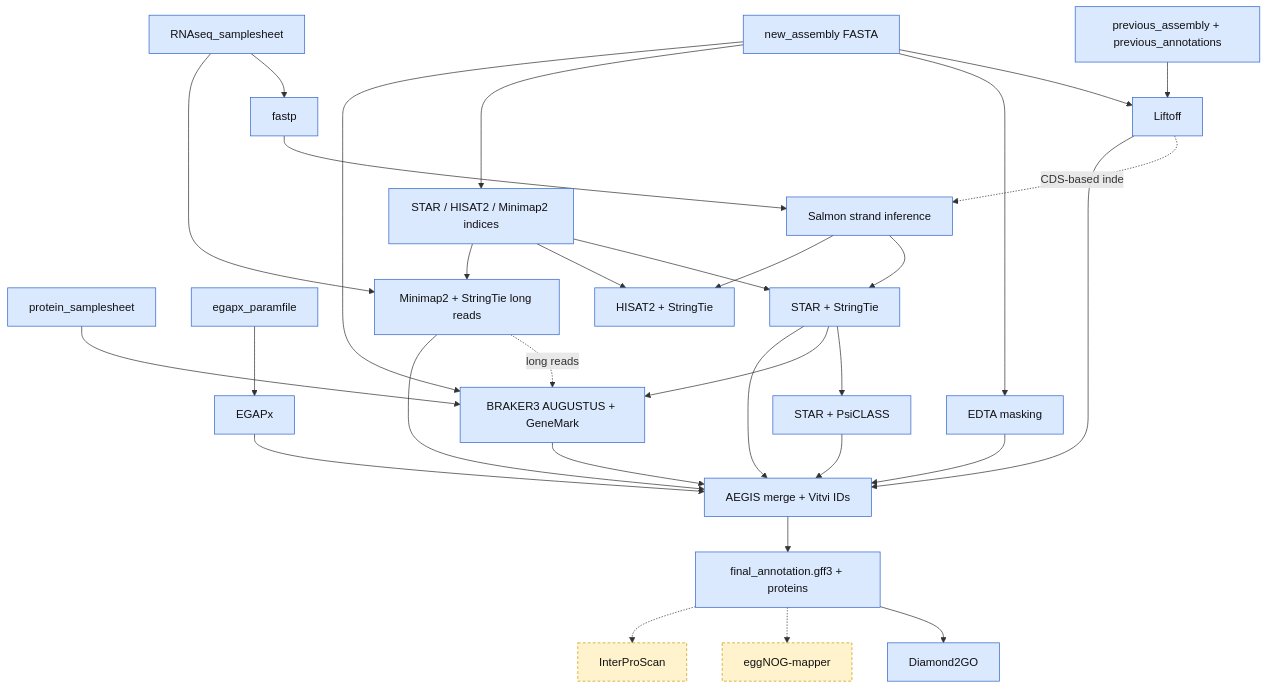
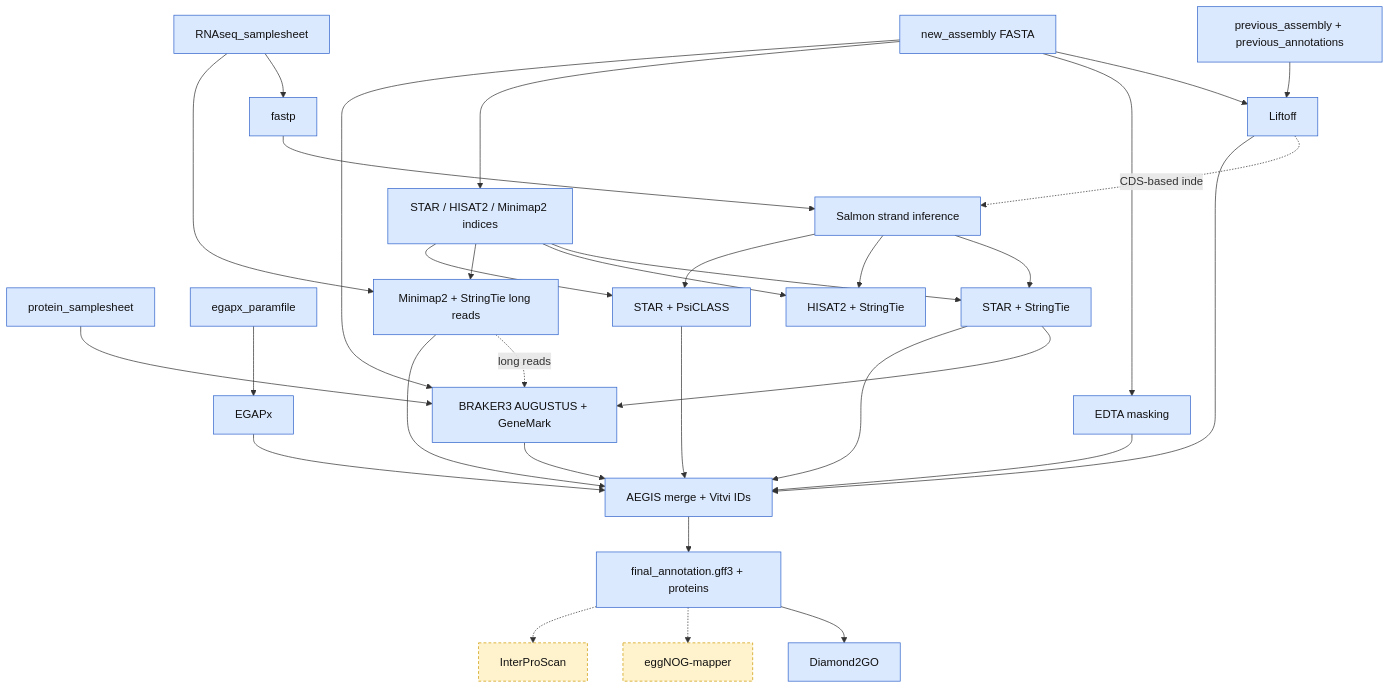
The second of 4 diagrams in TITAN/README.md (Grapedia/workflows), drawn with Mermaid before and after one commit. The commit also changed other lines of this file, not shown here.

Commit message:
fix: correct STAR/StringTie vs STAR/PsiCLASS edge in workflow graphs
StringTie and PsiCLASS assembly both consume the STAR alignment
channel independently (subworkflows/generate_evidence_data.nf), not
one feeding the other. The STAR --> PSI edge implied a false
sequential dependency; both now branch in parallel from STRAND/IDX,
matching the actual Nextflow wiring.

````diff
--- a/TITAN/README.md
+++ b/TITAN/README.md
@@ -163,48 +162,47 @@
 ```mermaid
 flowchart TD
     classDef core fill:#dbe9ff,stroke:#3366cc,color:#111
     classDef opt fill:#fff3cd,stroke:#cc9900,color:#111,stroke-dasharray:4 3
 
     NEW[new_assembly FASTA]:::core
     PREV[previous_assembly + previous_annotations]:::core
     RNA[RNAseq_samplesheet]:::core
     PROT[protein_samplesheet]:::core
     EGCFG[egapx_paramfile]:::core
 
     LIFT[Liftoff]:::core
     EDTA[EDTA masking]:::core
     EGAPX[EGAPx]:::core
     FASTP[fastp]:::core
     IDX[STAR / HISAT2 / Minimap2 indices]:::core
     STRAND[Salmon strand inference]:::core
     STAR[STAR + StringTie]:::core
     PSI[STAR + PsiCLASS]:::core
     HISAT[HISAT2 + StringTie]:::core
     MM2[Minimap2 + StringTie long reads]:::core
     BRAKER[BRAKER3 AUGUSTUS + GeneMark]:::core
 
     AEGIS[AEGIS merge + Vitvi IDs]:::core
     FINAL[final_annotation.gff3 + proteins]:::core
     D2GO[Diamond2GO]:::core
     EGG[eggNOG-mapper]:::opt
     IPS[InterProScan]:::opt
 
     NEW --> LIFT & EDTA & IDX & BRAKER
     PREV --> LIFT
     EGCFG --> EGAPX
     RNA --> FASTP
     RNA --> MM2
     FASTP --> STRAND
     LIFT -.CDS-based index.-> STRAND
-    STRAND --> STAR & HISAT
-    IDX --> STAR & HISAT & MM2
-    STAR --> PSI
+    STRAND --> STAR & HISAT & PSI
+    IDX --> STAR & HISAT & MM2 & PSI
     PROT --> BRAKER
     STAR --> BRAKER
     MM2 -.long reads.-> BRAKER
 
     LIFT & EGAPX & BRAKER & STAR & PSI & MM2 --> AEGIS
     EDTA --> AEGIS
     AEGIS --> FINAL --> D2GO
     FINAL -.-> EGG & IPS
 ```
````
